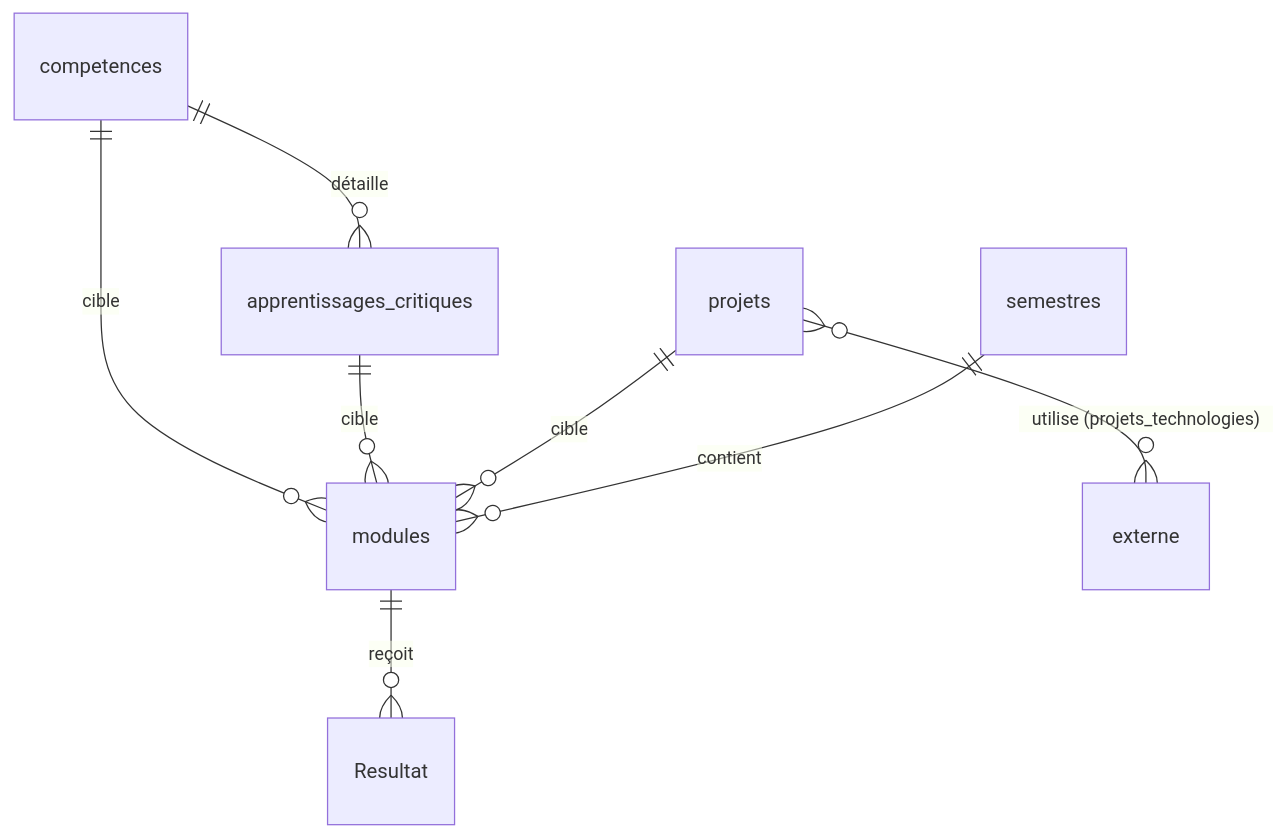
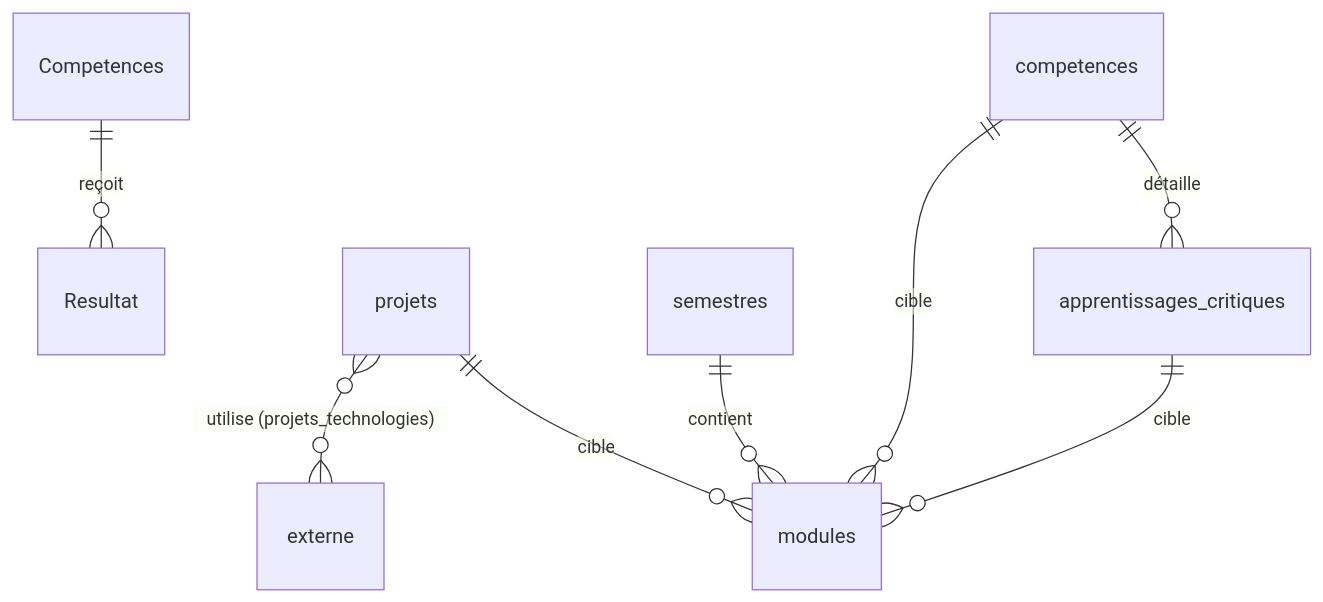
One commit to tshazlytembo123-bot/tshazly-man-tte changed the second of 2 diagrams in architecture/ARCHITECTURE.md. Above: the diagram before and after it, drawn with Mermaid.

Commit message:
Change module relationship to Competences
Updated the relationship between modules and Resultat to reflect that Competences now receives Resultat.

````diff
--- a/architecture/ARCHITECTURE.md
+++ b/architecture/ARCHITECTURE.md
@@ -65,10 +65,10 @@
 ```mermaid
 erDiagram
   competences ||--o{ apprentissages_critiques : "détaille"
   competences ||--o{ modules : "cible"
   apprentissages_critiques ||--o{ modules : "cible"
   projets ||--o{modules : "cible"
   projets }o--o{ externe : "utilise (projets_technologies)"
   semestres ||--o{ modules : "contient"
-  modules ||--o{ Resultat  : "reçoit"
+  Competences ||--o{ Resultat  : "reçoit"
 ```
````
